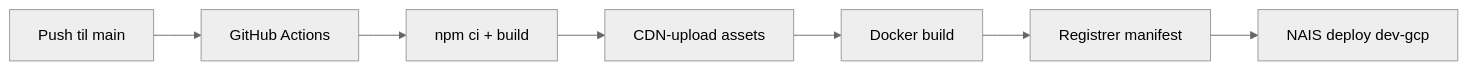
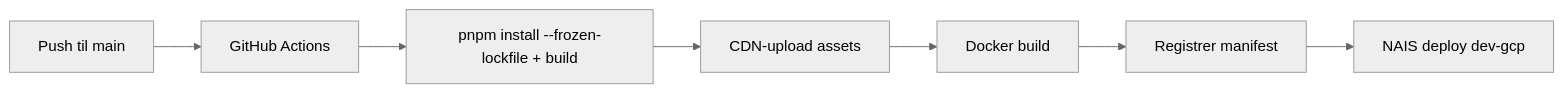
Before and after one commit to navikt/esyfo-microfrontends: the second of 2 diagrams in README.md, drawn with Mermaid (neutral theme). The commit also changed other lines of this file, not shown here.

Commit message:
docs: update README.md for pnpm migration

````diff
--- a/README.md
+++ b/README.md
@@ -85,9 +85,9 @@
 ```mermaid
 flowchart LR
   A[Push til main] --> B[GitHub Actions]
-  B --> C[npm ci + build]
+  B --> C[pnpm install --frozen-lockfile + build]
   C --> D[CDN-upload assets]
   D --> E[Docker build]
   E --> F[Registrer manifest]
   F --> G[NAIS deploy dev-gcp]
 ```
````
